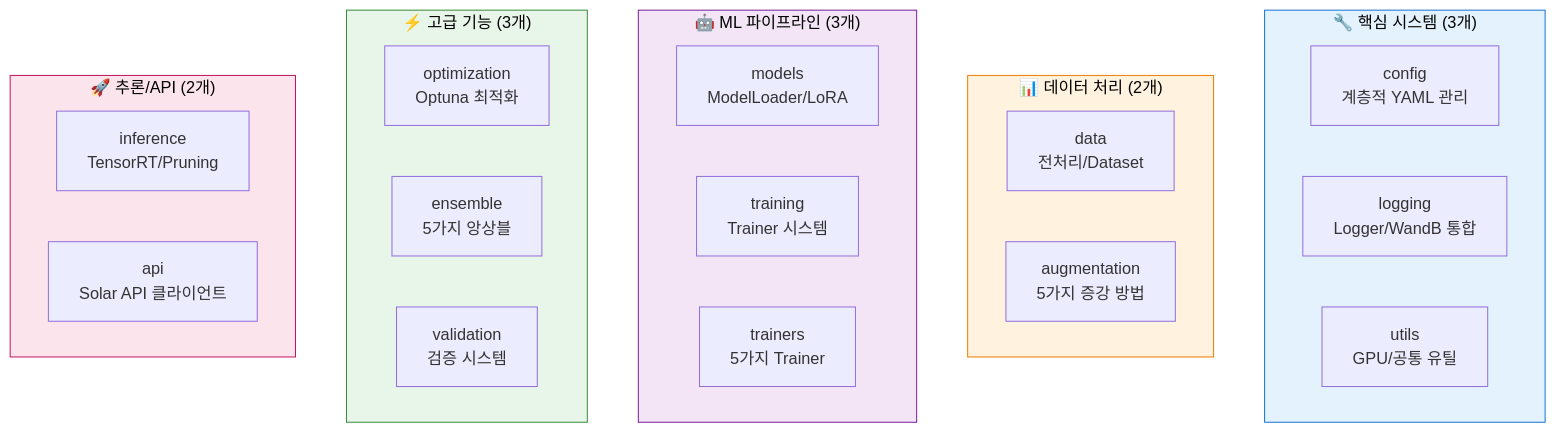
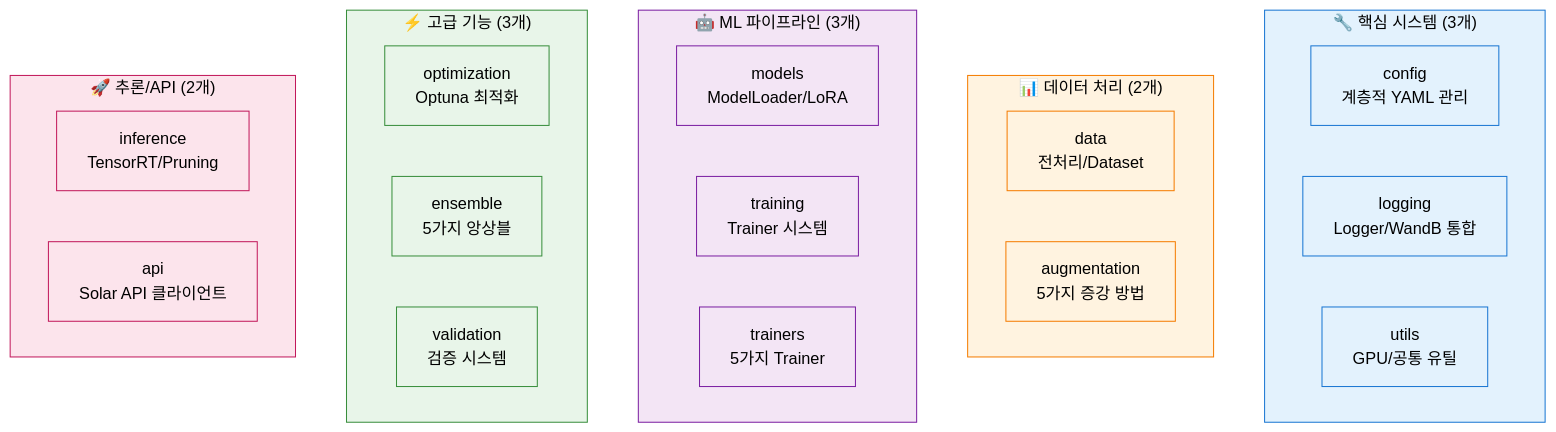
The diagram in docs/모듈화/01_시작_가이드.md (AIBootcamp14/naturallanguageprocessingcompetition-nlp-1), drawn with Mermaid before and after one commit. The commit also changed other lines of this file, not shown here.

Commit message:
docs: 01_시작_가이드.md Mermaid 다이어그램 시각화 개선
- Part 2 시스템 개요의 Mermaid 다이어그램 색상 최적화
- M1~M13 모듈 박스의 배경색을 그룹 색상에 맞춰 개별 설정
- 각 모듈 박스의 텍스트 색상을 검정(#000)으로 통일
- Core 그룹(M1~M3): 연한 파랑 배경 (#e3f2fd)
- Data 그룹(M4~M5): 연한 주황 배경 (#fff3e0)
- ML 그룹(M6~M8): 연한 보라 배경 (#f3e5f5)
- Advanced 그룹(M9~M11): 연한 초록 배경 (#e8f5e9)
- Inference 그룹(M12~M13): 연한 분홍 배경 (#fce4ec)
- 가독성 및 시각적 일관성 대폭 향상

````diff
--- a/docs/모듈화/01_시작_가이드.md
+++ b/docs/모듈화/01_시작_가이드.md
@@ -112,36 +112,54 @@
 ```mermaid
 graph TB
     subgraph Core["🔧 핵심 시스템 (3개)"]
         M1[config<br/>계층적 YAML 관리]
         M2[logging<br/>Logger/WandB 통합]
         M3[utils<br/>GPU/공통 유틸]
     end
 
     subgraph Data["📊 데이터 처리 (2개)"]
         M4[data<br/>전처리/Dataset]
         M5[augmentation<br/>5가지 증강 방법]
     end
 
     subgraph ML["🤖 ML 파이프라인 (3개)"]
         M6[models<br/>ModelLoader/LoRA]
         M7[training<br/>Trainer 시스템]
         M8[trainers<br/>5가지 Trainer]
     end
 
     subgraph Advanced["⚡ 고급 기능 (3개)"]
         M9[optimization<br/>Optuna 최적화]
         M10[ensemble<br/>5가지 앙상블]
         M11[validation<br/>검증 시스템]
     end
 
     subgraph Inference["🚀 추론/API (2개)"]
         M12[inference<br/>TensorRT/Pruning]
         M13[api<br/>Solar API 클라이언트]
     end
 
     style Core fill:#e3f2fd,stroke:#1976d2,color:#000
     style Data fill:#fff3e0,stroke:#f57c00,color:#000
     style ML fill:#f3e5f5,stroke:#7b1fa2,color:#000
     style Advanced fill:#e8f5e9,stroke:#388e3c,color:#000
     style Inference fill:#fce4ec,stroke:#c2185b,color:#000
+
+    style M1 fill:#e3f2fd,stroke:#1976d2,color:#000
+    style M2 fill:#e3f2fd,stroke:#1976d2,color:#000
+    style M3 fill:#e3f2fd,stroke:#1976d2,color:#000
+
+    style M4 fill:#fff3e0,stroke:#f57c00,color:#000
+    style M5 fill:#fff3e0,stroke:#f57c00,color:#000
+
+    style M6 fill:#f3e5f5,stroke:#7b1fa2,color:#000
+    style M7 fill:#f3e5f5,stroke:#7b1fa2,color:#000
+    style M8 fill:#f3e5f5,stroke:#7b1fa2,color:#000
+
+    style M9 fill:#e8f5e9,stroke:#388e3c,color:#000
+    style M10 fill:#e8f5e9,stroke:#388e3c,color:#000
+    style M11 fill:#e8f5e9,stroke:#388e3c,color:#000
+
+    style M12 fill:#fce4ec,stroke:#c2185b,color:#000
+    style M13 fill:#fce4ec,stroke:#c2185b,color:#000
 ```
````
